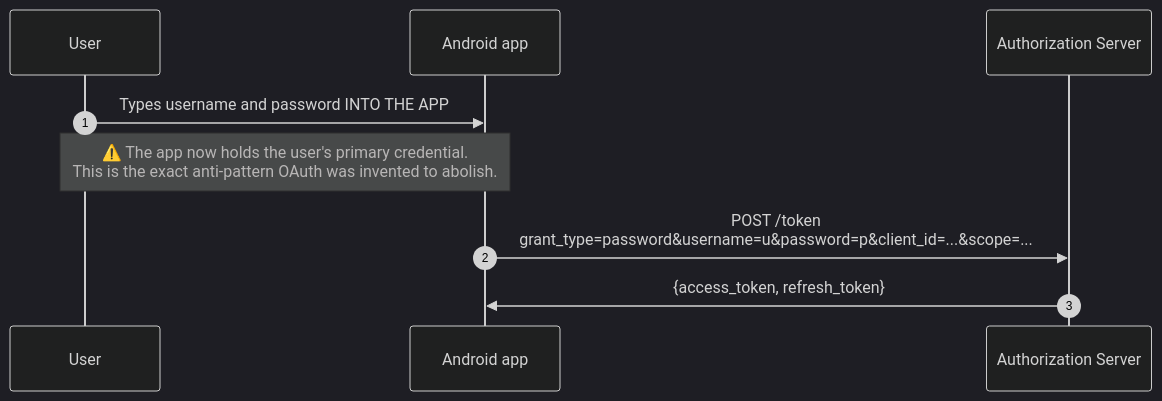
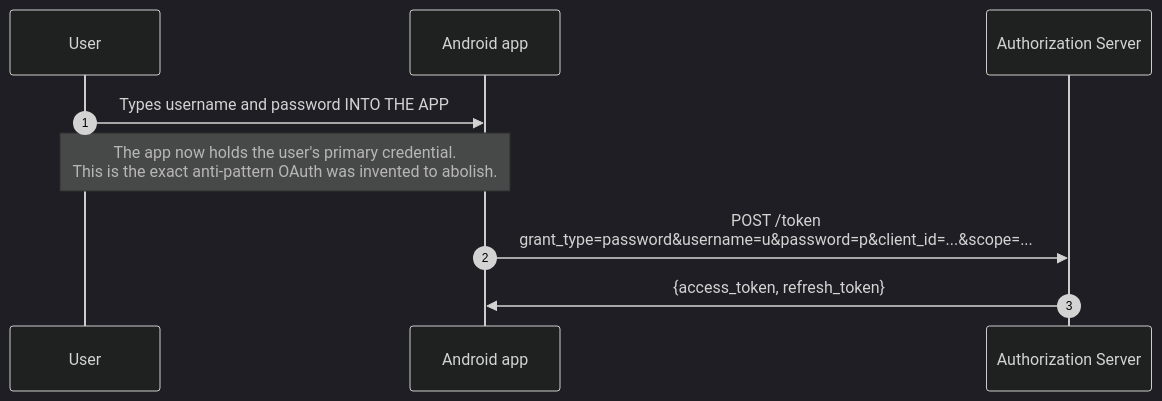
One commit to FlyPhantomFly/android-security-handbook changed the ninth of 22 diagrams in 45-OAuth/README.md. Above: the diagram before and after it, drawn with Mermaid (dark theme). The commit also changed other lines of this file and 118 other files, not shown here.

````diff
--- a/45-OAuth/README.md
+++ b/45-OAuth/README.md
@@ -602,12 +602,12 @@
 ```mermaid
 sequenceDiagram
     autonumber
     participant U as User
     participant A as Android app
     participant AS as Authorization Server
 
     U->>A: Types username and password INTO THE APP
-    Note over U,A: ⚠️ The app now holds the user's primary credential.<br/>This is the exact anti-pattern OAuth was invented to abolish.
+    Note over U,A: The app now holds the user's primary credential.<br/>This is the exact anti-pattern OAuth was invented to abolish.
     A->>AS: POST /token<br/>grant_type=password&username=u&password=p&client_id=...&scope=...
     AS->>A: {access_token, refresh_token}
 ```
````
